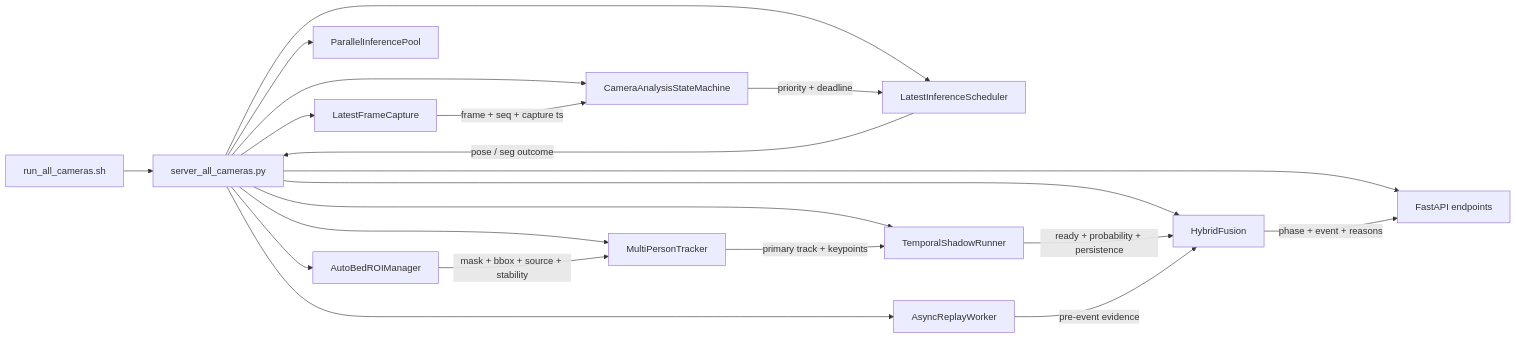
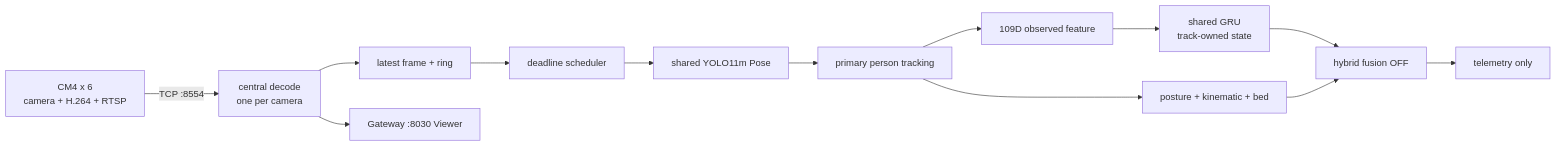
The diagram in README.md (Kyle-Riss/DMC_POSE), drawn with Mermaid before and after one commit. The commit also changed other lines of this file and 70 other files, not shown here.

````diff
--- a/README.md
+++ b/README.md
@@ -140,23 +21,15 @@
 ```mermaid
 flowchart LR
-    RUN[run_all_cameras.sh] --> APP[server_all_cameras.py]
-    APP --> CAP[LatestFrameCapture]
-    APP --> POOL[ParallelInferencePool]
-    APP --> FSM[CameraAnalysisStateMachine]
-    APP --> SCHED[LatestInferenceScheduler]
-    APP --> ROI[AutoBedROIManager]
-    APP --> TRACK[MultiPersonTracker]
-    APP --> TEMP[TemporalShadowRunner]
-    APP --> FUSION[HybridFusion]
-    APP --> REPLAY[AsyncReplayWorker]
-    APP --> HTTP[FastAPI endpoints]
-
-    CAP -->|frame + seq + capture ts| FSM
-    FSM -->|priority + deadline| SCHED
-    SCHED -->|pose / seg outcome| APP
-    ROI -->|mask + bbox + source + stability| TRACK
-    TRACK -->|primary track + keypoints| TEMP
-    TEMP -->|ready + probability + persistence| FUSION
-    FUSION -->|phase + event + reasons| HTTP
-    REPLAY -->|pre-event evidence| FUSION
+    CM4[CM4 x 6<br/>camera + H.264 + RTSP] -->|TCP :8554| HUB[central decode<br/>one per camera]
+    HUB --> LATEST[latest frame + ring]
+    LATEST --> SCHED[deadline scheduler]
+    SCHED --> POSE[shared YOLO11m Pose]
+    POSE --> TRACK[primary person tracking]
+    TRACK --> FEAT[109D observed feature]
+    FEAT --> GRU[shared GRU<br/>track-owned state]
+    TRACK --> CTX[posture + kinematic + bed]
+    GRU --> FUSION[hybrid fusion OFF]
+    CTX --> FUSION
+    FUSION --> SHADOW[telemetry only]
+    HUB --> VIEW[Gateway :8030 Viewer]
 ```
````
